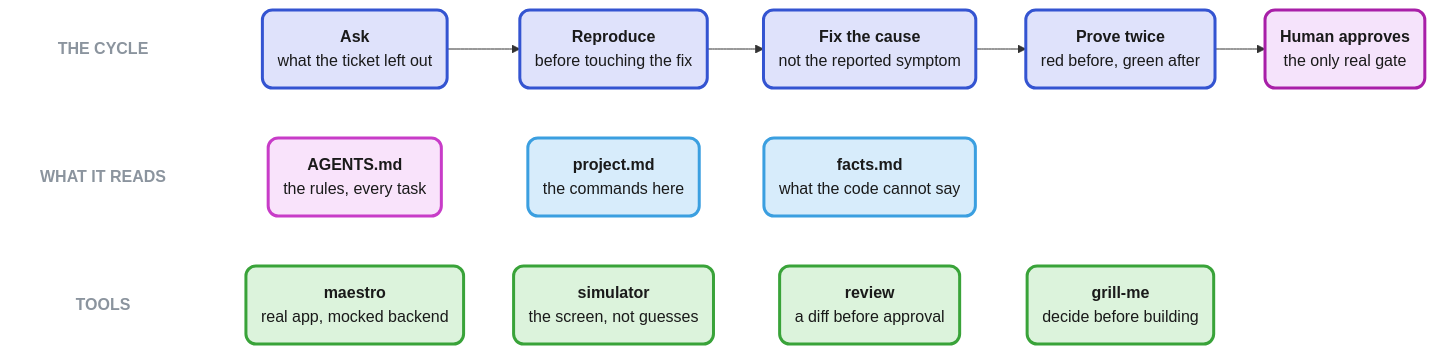
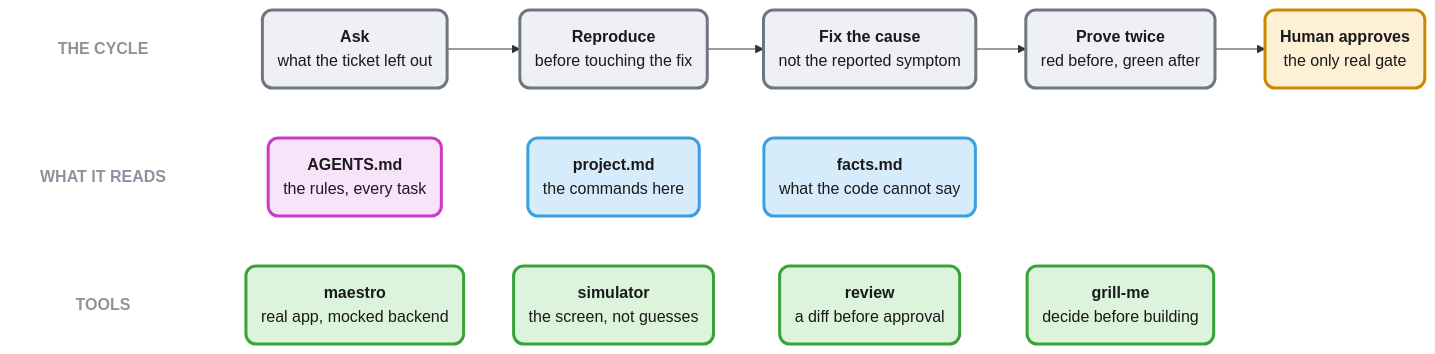
One commit to NavaliaHQ/flutter-agent-harness changed the diagram in README.md. Above: the diagram before and after it, drawn with Mermaid. The commit also changed other lines of this file and 1 other file, not shown here.

Commit message:
README: give the agent steps and the human gate their own colours
They were blue and pink, the same as the 'yours' and 'replaced' files.

````diff
--- a/README.md
+++ b/README.md
@@ -13,43 +13,43 @@
 ```mermaid
 ---
 config:
   flowchart:
     wrappingWidth: 260
 ---
 flowchart LR
     c0[" THE CYCLE "]:::hdr
     ask("<b>Ask</b><br/>what the ticket left out")
     repro("<b>Reproduce</b><br/>before touching the fix")
     fix("<b>Fix the cause</b><br/>not the reported symptom")
     prove("<b>Prove twice</b><br/>red before, green after")
     human("<b>Human approves</b><br/>the only real gate")
     c0 ~~~ ask
     ask --> repro --> fix --> prove --> human
 
     r0[" WHAT IT READS "]:::hdr
     f1("<b>AGENTS.md</b><br/>the rules, every task")
     f2("<b>project.md</b><br/>the commands here")
     f3("<b>facts.md</b><br/>what the code cannot say")
     r0 ~~~ f1
     f1 ~~~ f2 ~~~ f3
 
     t0[" TOOLS "]:::hdr
     t1("<b>maestro</b><br/>real app, mocked backend")
     t2("<b>simulator</b><br/>the screen, not guesses")
     t3("<b>review</b><br/>a diff before approval")
     t4("<b>grill-me</b><br/>decide before building")
     t0 ~~~ t1
     t1 ~~~ t2 ~~~ t3 ~~~ t4
 
     classDef hdr fill:none,stroke:none,color:#8b949e,font-weight:bold
-    classDef agent fill:#dfe2fb,stroke:#3454d1,stroke-width:3px,color:#1a1a1a,rx:10,ry:10
-    classDef gate fill:#f5e3fb,stroke:#a81fa8,stroke-width:3px,color:#1a1a1a,rx:10,ry:10
+    classDef agent fill:#eef0f3,stroke:#6e7781,stroke-width:3px,color:#1a1a1a,rx:10,ry:10
+    classDef gate fill:#fdf0d5,stroke:#c98a00,stroke-width:3px,color:#1a1a1a,rx:10,ry:10
     classDef harness fill:#f9e3fb,stroke:#c83cc8,stroke-width:3px,color:#1a1a1a,rx:10,ry:10
     classDef yours fill:#d7ecfb,stroke:#3b9fe0,stroke-width:3px,color:#1a1a1a,rx:10,ry:10
     classDef tool fill:#dcf3dc,stroke:#39a339,stroke-width:3px,color:#1a1a1a,rx:10,ry:10
     class ask,repro,fix,prove agent
     class human gate
     class f1 harness
     class f2,f3 yours
     class t1,t2,t3,t4 tool
 ```
````
